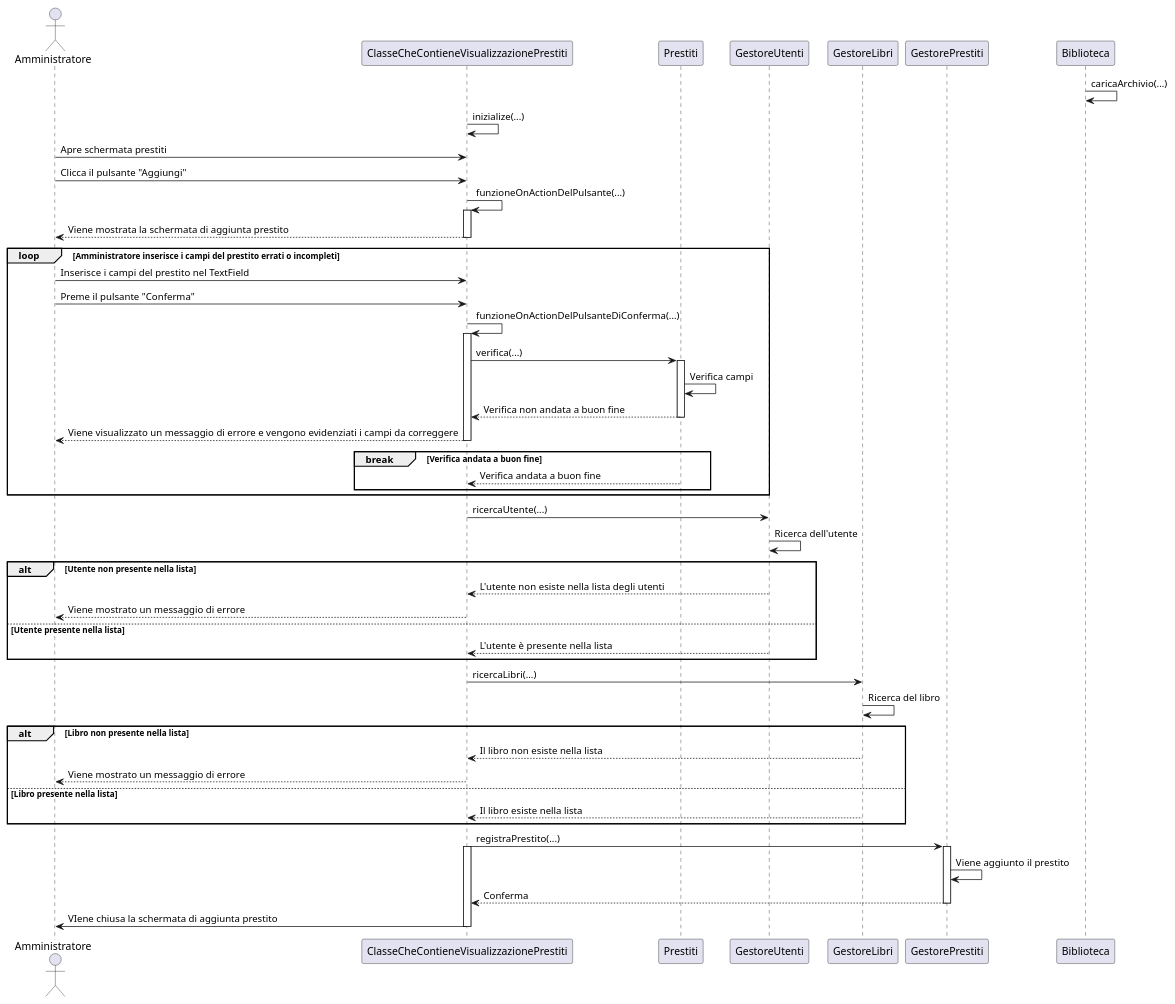
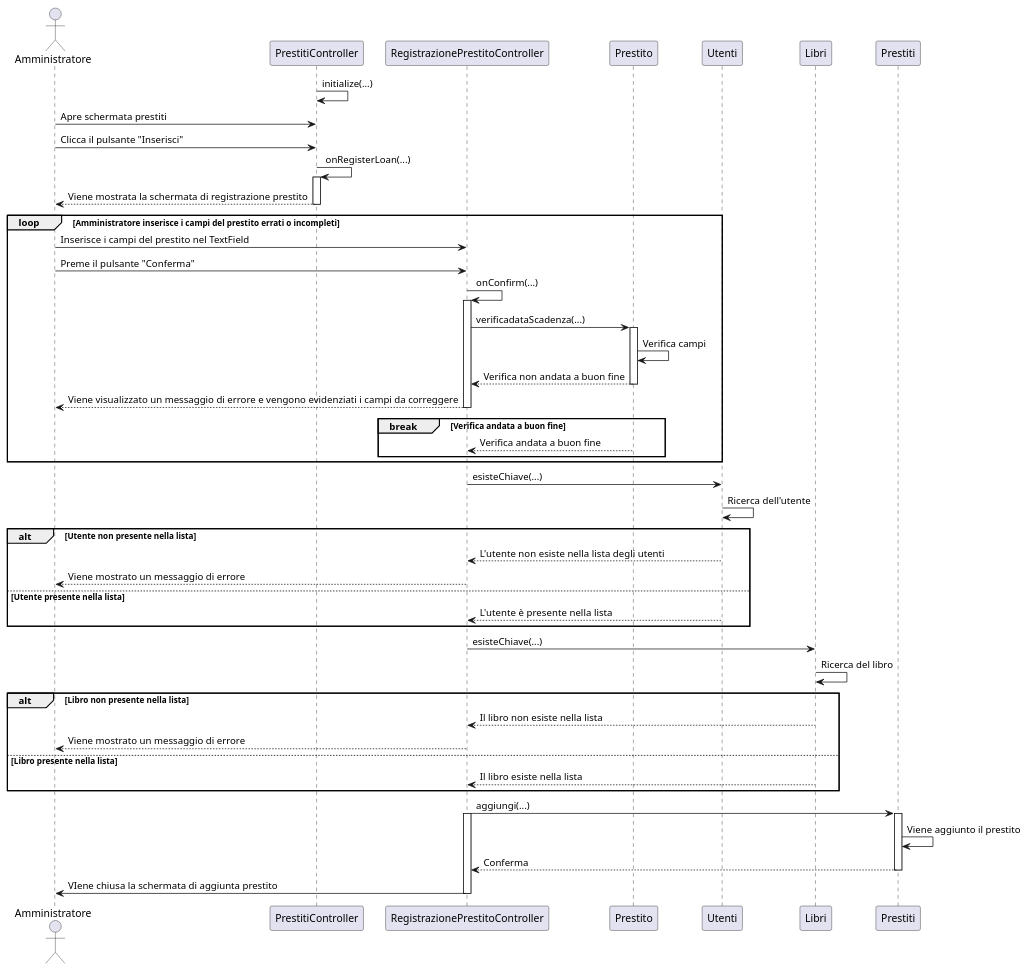
Before and after one commit to TitanVoid/ProgSE-Biblioteca: the diagram in documents/DiagrammiUML/DiagrammiDiSequenza/diagrammaC13RegistraPrestito.puml, drawn with PlantUML. The commit also changed 21 other files, not shown here.

Commit message:
Aggiornamento diagrammi di sequenza

```diff
--- a/documents/DiagrammiUML/DiagrammiDiSequenza/diagrammaC13RegistraPrestito.puml
+++ b/documents/DiagrammiUML/DiagrammiDiSequenza/diagrammaC13RegistraPrestito.puml
@@ -1,68 +1,68 @@
 @startuml
+
 	actor Amministratore as a
-	participant ClasseCheContieneVisualizzazionePrestiti as cvp
-	participant Prestiti as p
-	participant GestoreUtenti as gu
-	participant GestoreLibri as gl
-	participant GestorePrestiti as gp
-	participant Biblioteca as b
+	participant PrestitiController as cvp
+	participant RegistrazionePrestitoController as rpc
+	participant Prestito as p
+	participant Utenti as gu
+	participant Libri as gl
+	participant Prestiti as gp
 
-	b->b: caricaArchivio(...)
-	cvp->cvp: inizialize(...)
+	cvp->cvp: initialize(...)
 	a->cvp: Apre schermata prestiti
-	a->cvp: Clicca il pulsante "Aggiungi"
+	a->cvp: Clicca il pulsante "Inserisci"
 
-	cvp->cvp: funzioneOnActionDelPulsante(...)
+	cvp->cvp: onRegisterLoan(...)
 	activate cvp
-		cvp --> "a": Viene mostrata la schermata di aggiunta prestito
+		cvp --> "a": Viene mostrata la schermata di registrazione prestito
 	deactivate cvp
 
 	'Flusso alternativo
 	loop Amministratore inserisce i campi del prestito errati o incompleti
-		a->cvp: Inserisce i campi del prestito nel TextField
-		a->cvp: Preme il pulsante "Conferma"
-		cvp->cvp: funzioneOnActionDelPulsanteDiConferma(...)
-		activate cvp
-			cvp-> p: verifica(...)
+		a->rpc: Inserisce i campi del prestito nel TextField
+		a->rpc: Preme il pulsante "Conferma"
+		rpc->rpc: onConfirm(...)
+		activate rpc
+			rpc-> p: verificadataScadenza(...)
 			activate p
 				p -> p: Verifica campi
-				p --> cvp: Verifica non andata a buon fine
+				p --> rpc: Verifica non andata a buon fine
 				deactivate p
-				cvp-->a: Viene visualizzato un messaggio di errore e vengono evidenziati i campi da correggere
-			deactivate cvp
+				rpc-->a: Viene visualizzato un messaggio di errore e vengono evidenziati i campi da correggere
+			deactivate rpc
 		
 		'Condizione di uscita dal loop
 		break Verifica andata a buon fine
-			p --> cvp: Verifica andata a buon fine
+			p --> rpc: Verifica andata a buon fine
 		end
 	end
 
-	cvp->gu: ricercaUtente(...)
+	rpc->gu: esisteChiave(...)
 	gu->gu: Ricerca dell'utente
 	alt Utente non presente nella lista
-		gu-->cvp: L'utente non esiste nella lista degli utenti
-		cvp-->a: Viene mostrato un messaggio di errore
+		gu-->rpc: L'utente non esiste nella lista degli utenti
+		rpc-->a: Viene mostrato un messaggio di errore
 	else Utente presente nella lista
-		gu-->cvp: L'utente è presente nella lista
+		gu-->rpc: L'utente è presente nella lista
 	end
 	
-	cvp->gl: ricercaLibri(...)
+	rpc->gl: esisteChiave(...)
 	gl->gl: Ricerca del libro
 	alt Libro non presente nella lista
-		gl-->cvp: Il libro non esiste nella lista
-		cvp-->a: Viene mostrato un messaggio di errore
+		gl-->rpc: Il libro non esiste nella lista
+		rpc-->a: Viene mostrato un messaggio di errore
 	else Libro presente nella lista
-		gl-->cvp: Il libro esiste nella lista
+		gl-->rpc: Il libro esiste nella lista
 	end
 
-	cvp->gp: registraPrestito(...)
-	activate cvp
+	rpc->gp: aggiungi(...)
+	activate rpc
 		activate gp
 			gp->gp: Viene aggiunto il prestito
-			gp--> cvp: Conferma
+			gp--> rpc: Conferma
 		deactivate gp
-		cvp->a: VIene chiusa la schermata di aggiunta prestito
-	deactivate cvp	
+		rpc->a: VIene chiusa la schermata di aggiunta prestito
+	deactivate rpc	
 
 
 @enduml
```
